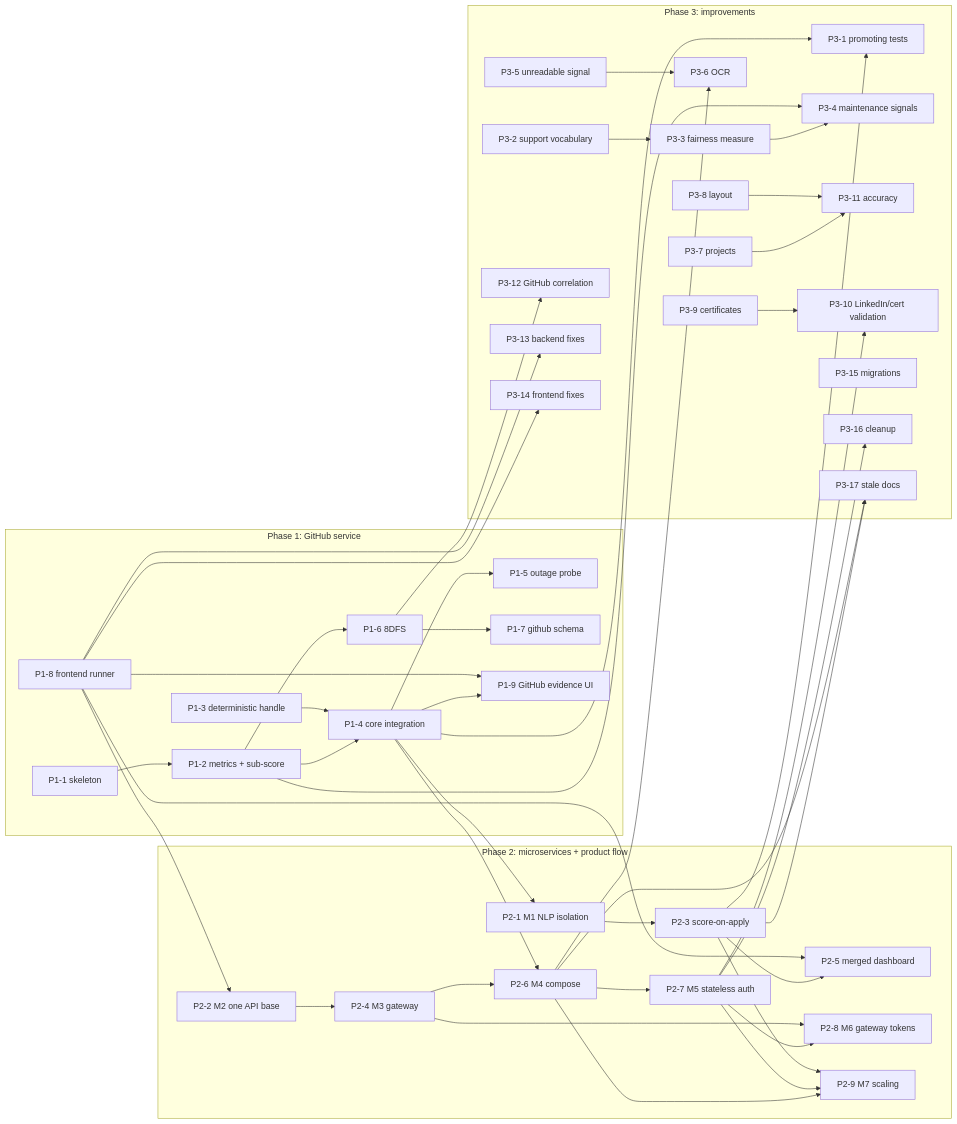
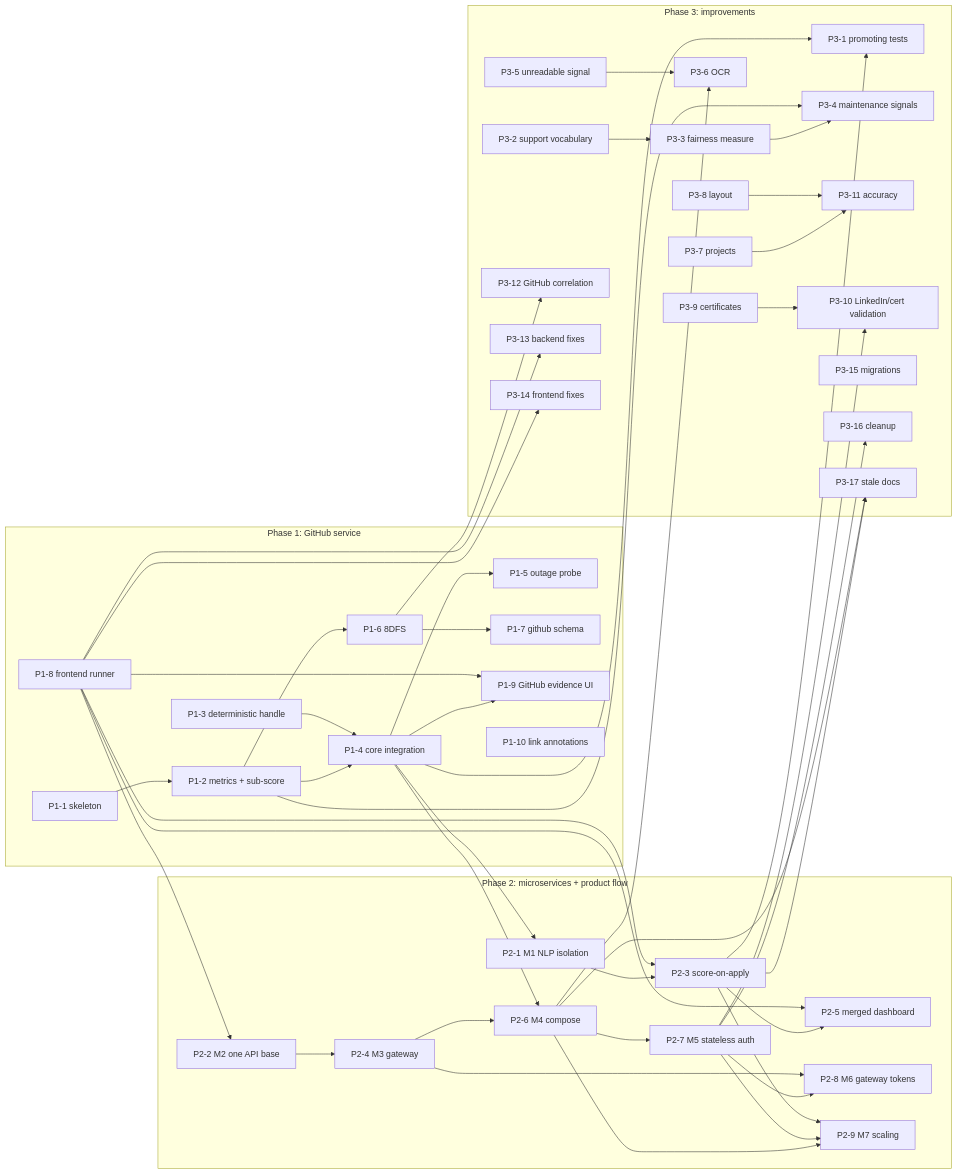
One commit to C72-BTECH-PROJECT/Patina changed the second of 2 diagrams in ROADMAP.md. Above: the diagram before and after it, drawn with Mermaid. The commit also changed other lines of this file and 10 other files, not shown here.

First line of the commit message:
Plan next roadmap specs and restamp docs

````diff
--- a/ROADMAP.md
+++ b/ROADMAP.md
@@ -373,61 +386,63 @@
 ```mermaid
 flowchart LR
   subgraph P1 [Phase 1: GitHub service]
     P1_1["P1-1 skeleton"] --> P1_2["P1-2 metrics + sub-score"]
     P1_3["P1-3 deterministic handle"]
     P1_2 --> P1_4["P1-4 core integration"]
     P1_3 --> P1_4
     P1_4 --> P1_5["P1-5 outage probe"]
     P1_2 --> P1_6["P1-6 8DFS"]
     P1_6 --> P1_7["P1-7 github schema"]
     P1_8["P1-8 frontend runner"]
     P1_4 --> P1_9["P1-9 GitHub evidence UI"]
     P1_8 --> P1_9
+    P1_10["P1-10 link annotations"]
   end
   subgraph P2 [Phase 2: microservices + product flow]
     P2_1["P2-1 M1 NLP isolation"]
     P2_2["P2-2 M2 one API base"]
     P2_3["P2-3 score-on-apply"]
     P2_4["P2-4 M3 gateway"]
     P2_5["P2-5 merged dashboard"]
     P2_6["P2-6 M4 compose"]
     P2_7["P2-7 M5 stateless auth"]
     P2_8["P2-8 M6 gateway tokens"]
     P2_9["P2-9 M7 scaling"]
     P2_1 --> P2_3 --> P2_5
     P2_2 --> P2_4 --> P2_6 --> P2_7 --> P2_8
     P2_4 --> P2_8
     P2_6 --> P2_9
     P2_7 --> P2_9
     P2_3 --> P2_9
   end
   P1_4 --> P2_1
   P1_8 --> P2_2
+  P1_8 --> P2_3
   P1_8 --> P2_5
   P1_4 --> P2_6
   subgraph P3 [Phase 3: improvements]
     P3_1["P3-1 promoting tests"]
     P3_2["P3-2 support vocabulary"] --> P3_3["P3-3 fairness measure"] --> P3_4["P3-4 maintenance signals"]
     P3_5["P3-5 unreadable signal"] --> P3_6["P3-6 OCR"]
     P3_7["P3-7 projects"] --> P3_11["P3-11 accuracy"]
     P3_8["P3-8 layout"] --> P3_11
     P3_9["P3-9 certificates"] --> P3_10["P3-10 LinkedIn/cert validation"]
     P3_12["P3-12 GitHub correlation"]
     P3_13["P3-13 backend fixes"]
     P3_14["P3-14 frontend fixes"]
     P3_15["P3-15 migrations"]
     P3_16["P3-16 cleanup"]
     P3_17["P3-17 stale docs"]
   end
   P1_4 --> P3_1
   P2_3 --> P3_1
   P1_2 --> P3_4
   P2_6 --> P3_6
   P2_7 --> P3_10
   P1_6 --> P3_12
   P1_8 --> P3_13
   P1_8 --> P3_14
   P2_7 --> P3_16
   P2_3 --> P3_17
   P2_6 --> P3_17
 ```
````
